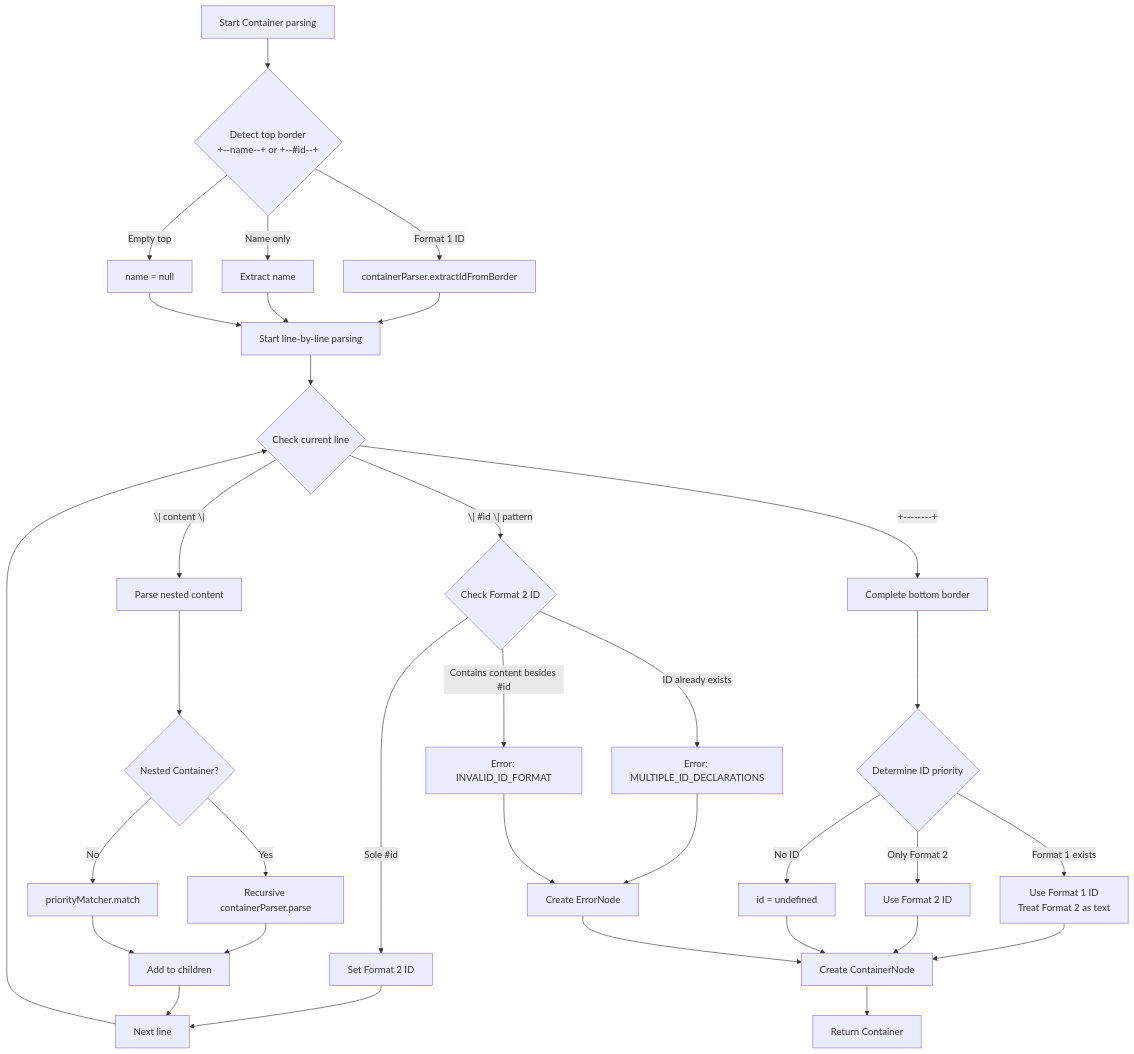
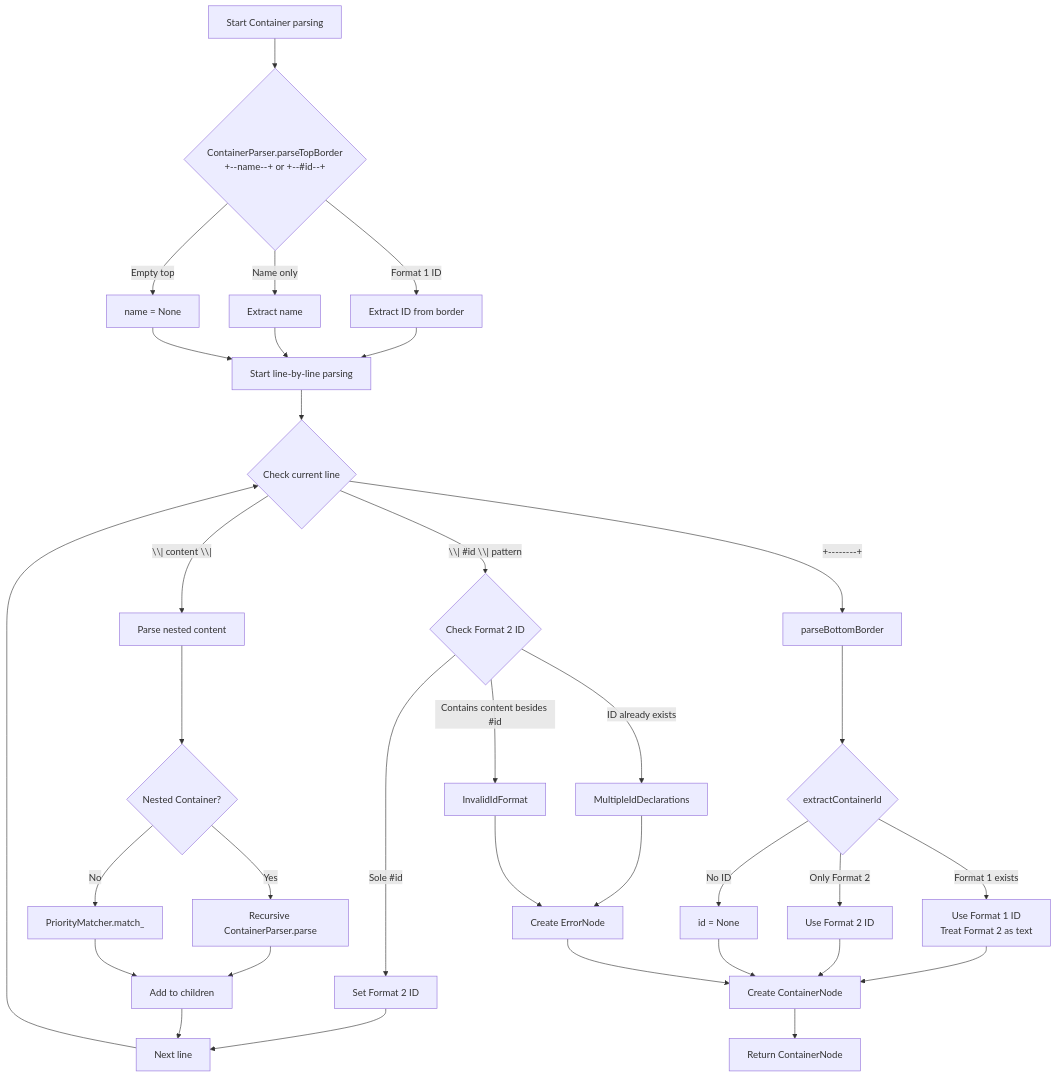
One commit to wickedev/wyreframe changed the fifth of 9 diagrams in .claude/specs/syntax-v2-parser/design.md. Above: the diagram before and after it, drawn with Mermaid. The commit also changed other lines of this file and 12 other files, not shown here.

Commit message:
feat: add parser module scaffolding - Update syntax-v2-parser spec documents (design, tasks) - Add lexer module stubs (scanner, token-stream) - Add parser module stubs (block-parser, context, priority-matcher) - Add type definitions (ast, tokens, errors, options)

````diff
--- a/.claude/specs/syntax-v2-parser/design.md
+++ b/.claude/specs/syntax-v2-parser/design.md
@@ -854,49 +1154,49 @@
 ```mermaid
 flowchart TD
-    START[Start Container parsing] --> DETECT_TOP{Detect top border<br/>+--name--+ or +--#id--+}
+    START[Start Container parsing] --> DETECT_TOP{ContainerParser.parseTopBorder<br/>+--name--+ or +--#id--+}
 
-    DETECT_TOP -->|Format 1 ID| EXTRACT_ID1[containerParser.extractIdFromBorder]
+    DETECT_TOP -->|Format 1 ID| EXTRACT_ID1[Extract ID from border]
     DETECT_TOP -->|Name only| EXTRACT_NAME[Extract name]
-    DETECT_TOP -->|Empty top| NO_NAME[name = null]
+    DETECT_TOP -->|Empty top| NO_NAME[name = None]
 
     EXTRACT_ID1 --> PARSE_LINES[Start line-by-line parsing]
     EXTRACT_NAME --> PARSE_LINES
     NO_NAME --> PARSE_LINES
 
     PARSE_LINES --> CHECK_LINE{Check current line}
 
-    CHECK_LINE -->|"\| #id \|" pattern| CHECK_ID2{Check Format 2 ID}
-    CHECK_LINE -->|"\| content \|"| PARSE_CONTENT[Parse nested content]
-    CHECK_LINE -->|"+--------+"| BOTTOM_BORDER[Complete bottom border]
+    CHECK_LINE -->|"\\| #id \\|" pattern| CHECK_ID2{Check Format 2 ID}
+    CHECK_LINE -->|"\\| content \\|"| PARSE_CONTENT[Parse nested content]
+    CHECK_LINE -->|"+--------+"| BOTTOM_BORDER[parseBottomBorder]
 
     CHECK_ID2 -->|Sole #id| SET_ID2[Set Format 2 ID]
-    CHECK_ID2 -->|ID already exists| ERROR_MULTI[Error: MULTIPLE_ID_DECLARATIONS]
-    CHECK_ID2 -->|Contains content besides #id| ERROR_FORMAT[Error: INVALID_ID_FORMAT]
+    CHECK_ID2 -->|ID already exists| ERROR_MULTI[MultipleIdDeclarations]
+    CHECK_ID2 -->|Contains content besides #id| ERROR_FORMAT[InvalidIdFormat]
 
     SET_ID2 --> NEXT_LINE[Next line]
     PARSE_CONTENT --> RECURSE{Nested Container?}
 
-    RECURSE -->|Yes| RECURSIVE_PARSE[Recursive containerParser.parse]
-    RECURSE -->|No| ELEMENT_PARSE[priorityMatcher.match]
+    RECURSE -->|Yes| RECURSIVE_PARSE[Recursive ContainerParser.parse]
+    RECURSE -->|No| ELEMENT_PARSE[PriorityMatcher.match_]
 
     RECURSIVE_PARSE --> COLLECT[Add to children]
     ELEMENT_PARSE --> COLLECT
 
     COLLECT --> NEXT_LINE
     NEXT_LINE --> CHECK_LINE
 
-    BOTTOM_BORDER --> RESOLVE_ID{Determine ID priority}
+    BOTTOM_BORDER --> RESOLVE_ID{extractContainerId}
     ERROR_MULTI --> ERROR_NODE[Create ErrorNode]
     ERROR_FORMAT --> ERROR_NODE
 
     RESOLVE_ID -->|Format 1 exists| USE_ID1[Use Format 1 ID<br/>Treat Format 2 as text]
     RESOLVE_ID -->|Only Format 2| USE_ID2[Use Format 2 ID]
-    RESOLVE_ID -->|No ID| NO_ID[id = undefined]
+    RESOLVE_ID -->|No ID| NO_ID[id = None]
 
     USE_ID1 --> BUILD_NODE[Create ContainerNode]
     USE_ID2 --> BUILD_NODE
     NO_ID --> BUILD_NODE
     ERROR_NODE --> BUILD_NODE
 
-    BUILD_NODE --> RETURN[Return Container]
+    BUILD_NODE --> RETURN[Return ContainerNode]
 ```
````
